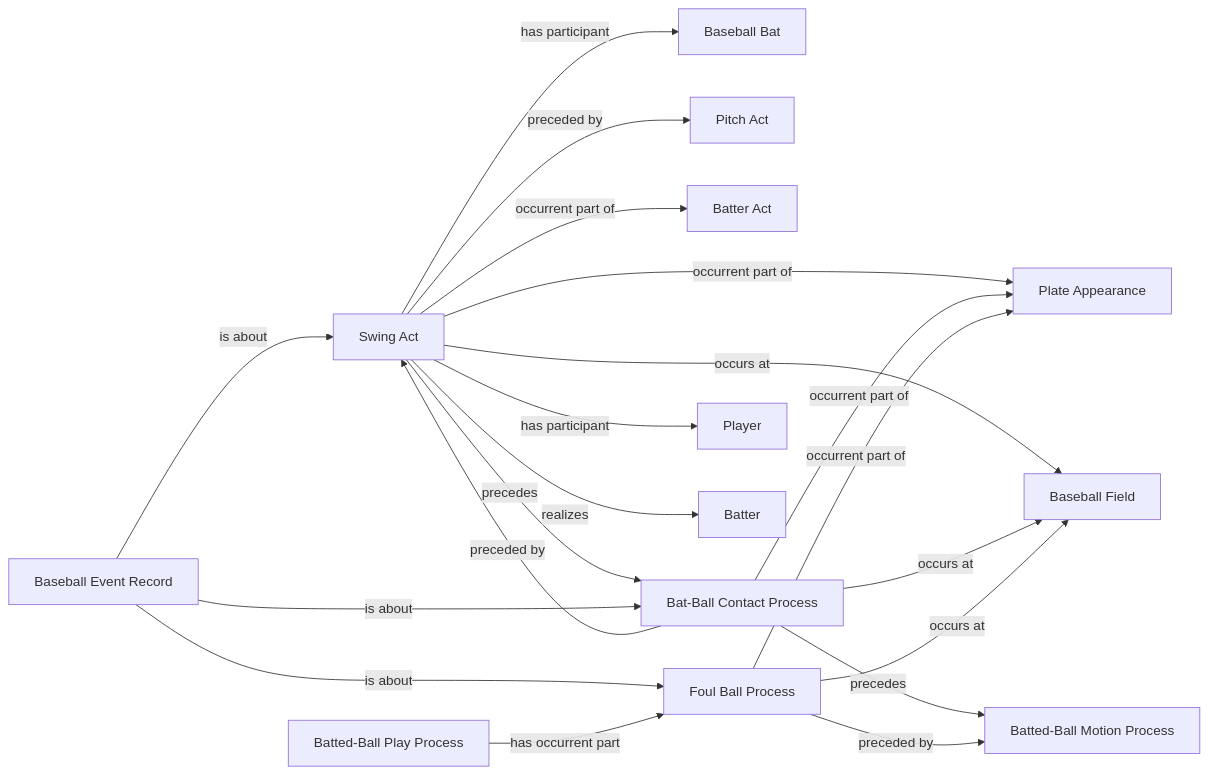
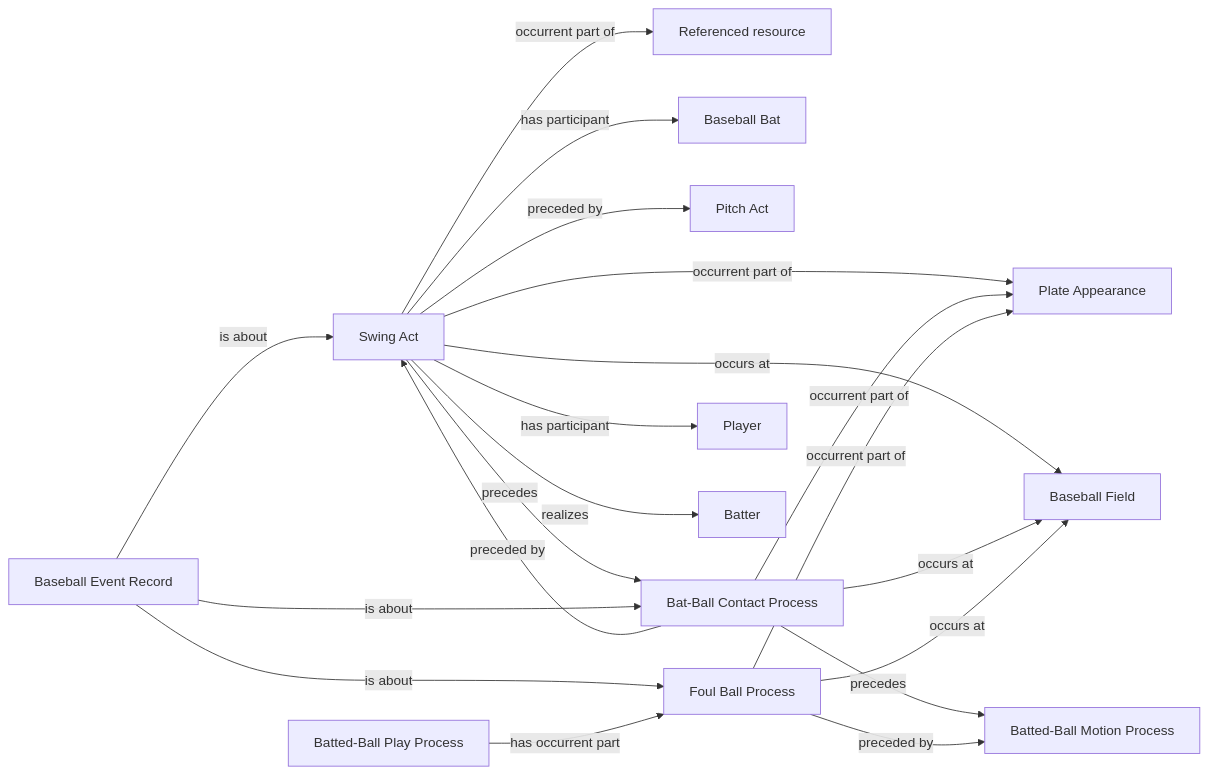
The diagram in Baseball/mermaid/patterns/ontology/17-foul-ball-physical.md (CarterBeauBenson/BaseballO), drawn with Mermaid before and after one commit. The commit also changed other lines of this file and 153 other files, not shown here.

````diff
--- a/Baseball/mermaid/patterns/ontology/17-foul-ball-physical.md
+++ b/Baseball/mermaid/patterns/ontology/17-foul-ball-physical.md
@@ -10,35 +10,35 @@
 ```mermaid
 flowchart LR
-    N01["Swing Act"]
-    N02["Baseball Bat"]
-    N03["Baseball Event Record"]
-    N04["Pitch Act"]
-    N05["Plate Appearance"]
-    N06["Batter Act"]
+    N01["Referenced resource"]
+    N02["Swing Act"]
+    N03["Baseball Bat"]
+    N04["Baseball Event Record"]
+    N05["Pitch Act"]
+    N06["Plate Appearance"]
     N07["Batted-Ball Motion Process"]
     N08["Batted-Ball Play Process"]
     N09["Bat-Ball Contact Process"]
     N10["Foul Ball Process"]
     N11["Player"]
     N12["Batter"]
     N13["Baseball Field"]
-    N01 -->|has participant| N02
-    N01 -->|has participant| N11
-    N01 -->|occurrent part of| N05
-    N01 -->|occurrent part of| N06
-    N01 -->|occurs at| N13
-    N01 -->|preceded by| N04
-    N01 -->|precedes| N09
-    N01 -->|realizes| N12
-    N03 -->|is about| N01
-    N03 -->|is about| N09
-    N03 -->|is about| N10
+    N02 -->|has participant| N03
+    N02 -->|has participant| N11
+    N02 -->|occurrent part of| N01
+    N02 -->|occurrent part of| N06
+    N02 -->|occurs at| N13
+    N02 -->|preceded by| N05
+    N02 -->|precedes| N09
+    N02 -->|realizes| N12
+    N04 -->|is about| N02
+    N04 -->|is about| N09
+    N04 -->|is about| N10
     N08 -->|has occurrent part| N10
-    N09 -->|occurrent part of| N05
+    N09 -->|occurrent part of| N06
     N09 -->|occurs at| N13
-    N09 -->|preceded by| N01
+    N09 -->|preceded by| N02
     N09 -->|precedes| N07
-    N10 -->|occurrent part of| N05
+    N10 -->|occurrent part of| N06
     N10 -->|occurs at| N13
     N10 -->|preceded by| N07
 ```
````
